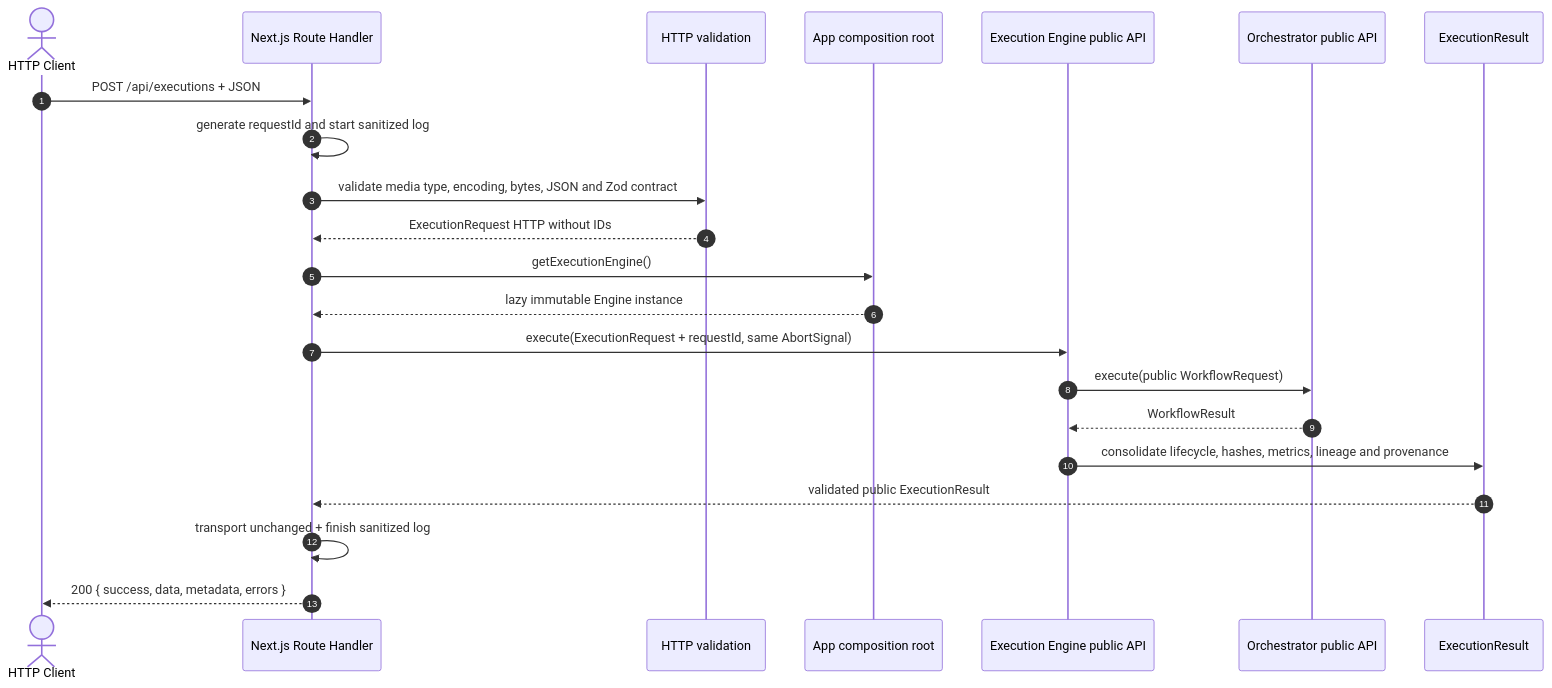
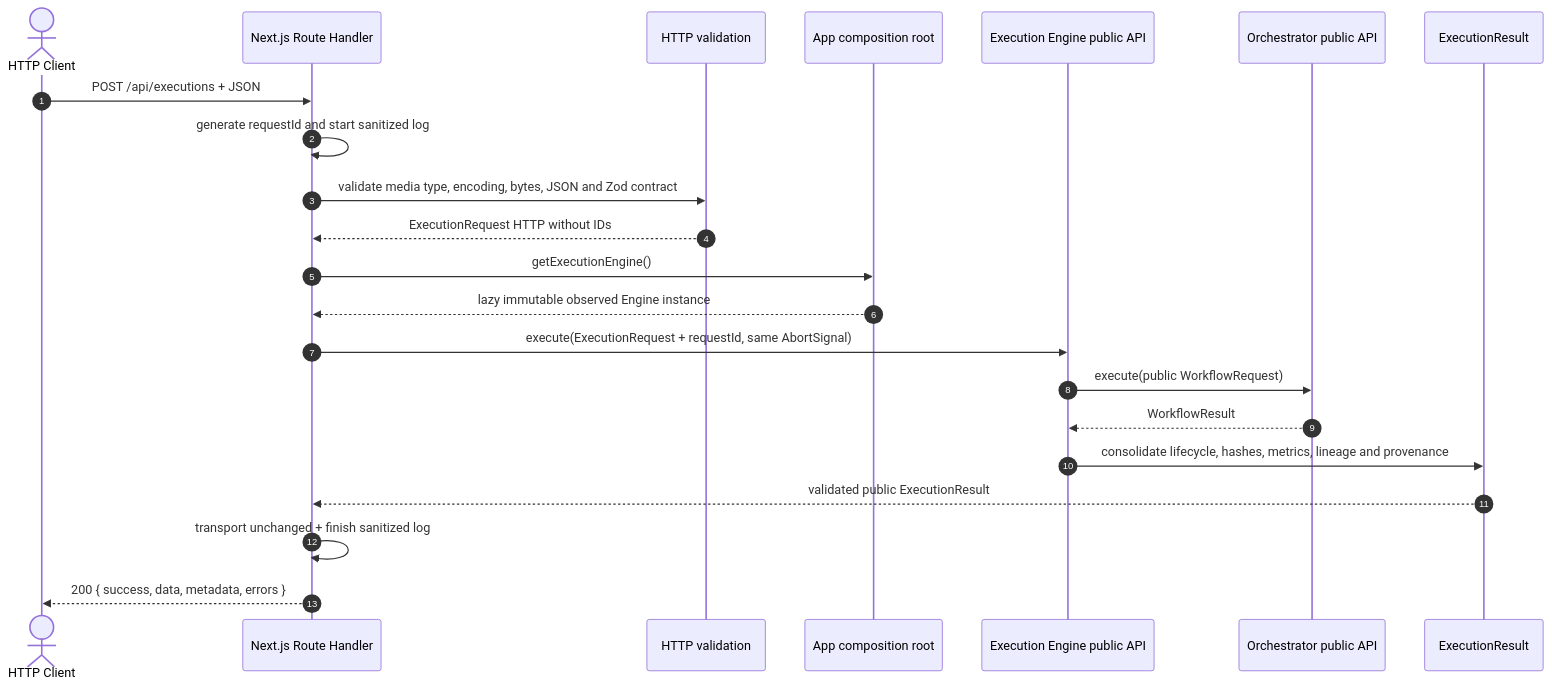
One commit to felipet66/brq-ai-factory changed the first of 6 diagrams in knowledge/38-HTTP_API_FLOW.md. Above: the diagram before and after it, drawn with Mermaid. The commit also changed other lines of this file and 60 other files, not shown here.

First line of the commit message:
feat(observability): implement execution history, timeline and frontend monitoring

````diff
--- a/knowledge/38-HTTP_API_FLOW.md
+++ b/knowledge/38-HTTP_API_FLOW.md
@@ -11,25 +15,25 @@
 ```mermaid
 sequenceDiagram
     autonumber
     actor Client as HTTP Client
     participant Route as Next.js Route Handler
     participant Guard as HTTP validation
     participant Runtime as App composition root
     participant Engine as Execution Engine public API
     participant Orchestrator as Orchestrator public API
     participant Result as ExecutionResult
 
     Client->>Route: POST /api/executions + JSON
     Route->>Route: generate requestId and start sanitized log
     Route->>Guard: validate media type, encoding, bytes, JSON and Zod contract
     Guard-->>Route: ExecutionRequest HTTP without IDs
     Route->>Runtime: getExecutionEngine()
-    Runtime-->>Route: lazy immutable Engine instance
+    Runtime-->>Route: lazy immutable observed Engine instance
     Route->>Engine: execute(ExecutionRequest + requestId, same AbortSignal)
     Engine->>Orchestrator: execute(public WorkflowRequest)
     Orchestrator-->>Engine: WorkflowResult
     Engine->>Result: consolidate lifecycle, hashes, metrics, lineage and provenance
     Result-->>Route: validated public ExecutionResult
     Route->>Route: transport unchanged + finish sanitized log
     Route-->>Client: 200 { success, data, metadata, errors }
 ```
````
